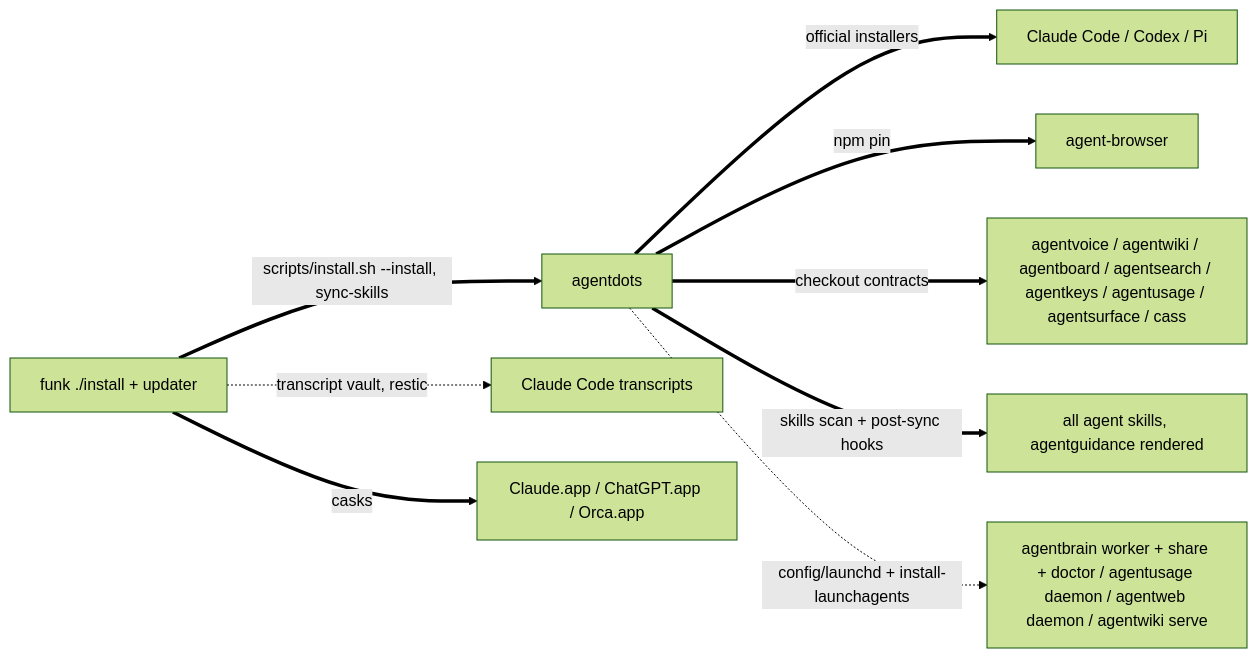
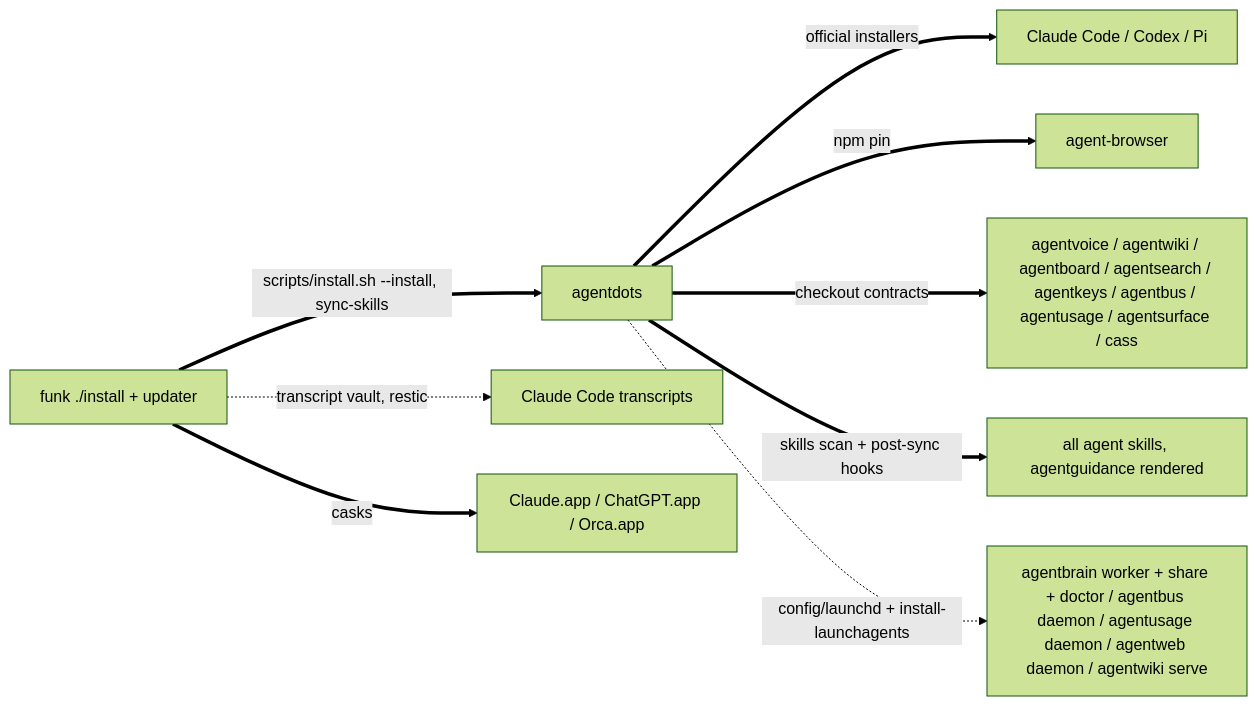
The second of 3 diagrams in skills/fleet/MAP.md (possibilities/agentdots), drawn with Mermaid (forest theme) before and after one commit. The commit also changed other lines of this file, not shown here.

Commit message:
Fleet map: agentbus edges — mirror, codex client, adapters, TOOLS.md bus line

````diff
--- a/skills/fleet/MAP.md
+++ b/skills/fleet/MAP.md
@@ -68,14 +72,14 @@
 ```mermaid
 flowchart LR
     funk[funk ./install + updater]
     dots[agentdots]
 
     funk ==>|scripts/install.sh --install, sync-skills| dots
     dots ==>|official installers| harnesses[Claude Code / Codex / Pi]
     dots ==>|npm pin| browser[agent-browser]
-    dots ==>|checkout contracts| fleet[agentvoice / agentwiki / agentboard / agentsearch / agentkeys / agentusage / agentsurface / cass]
+    dots ==>|checkout contracts| fleet[agentvoice / agentwiki / agentboard / agentsearch / agentkeys / agentbus / agentusage / agentsurface / cass]
     dots ==>|skills scan + post-sync hooks| skills[all agent skills, agentguidance rendered]
-    dots -.->|config/launchd + install-launchagents| services[agentbrain worker + share + doctor / agentusage daemon / agentweb daemon / agentwiki serve]
+    dots -.->|config/launchd + install-launchagents| services[agentbrain worker + share + doctor / agentbus daemon / agentusage daemon / agentweb daemon / agentwiki serve]
     funk -.->|transcript vault, restic| claudeData[Claude Code transcripts]
     funk ==>|casks| apps[Claude.app / ChatGPT.app / Orca.app]
 ```
````
